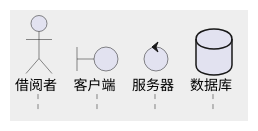
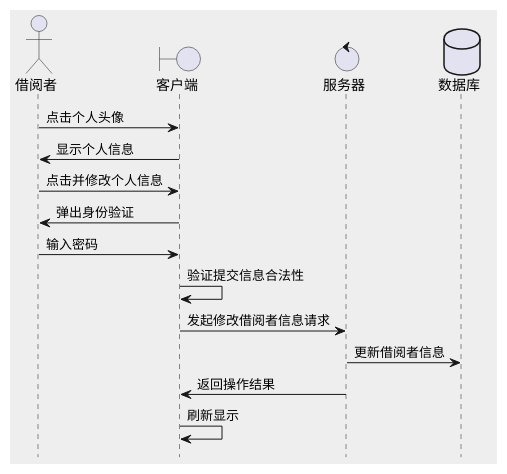
One commit to 201610414130/is_analysis-4 changed diagram 11 of 11 in test4/uaseCase.pu. Above: the diagram before and after it, drawn with PlantUML. The commit also changed other lines of this file and 2 other files, not shown here.

```diff
--- a/test4/uaseCase.pu
+++ b/test4/uaseCase.pu
@@ -287,9 +303,18 @@
 @startuml 账户设置(用户自身)
 skinparam backgroundColor #eee
 hide footbox
 actor 借阅者
 boundary 客户端
 control 服务器
 database 数据库
-
+借阅者->客户端: 点击个人头像
+客户端->借阅者: 显示个人信息
+借阅者->客户端: 点击并修改个人信息
+客户端->借阅者: 弹出身份验证
+借阅者->客户端: 输入密码
+客户端->客户端: 验证提交信息合法性
+客户端->服务器: 发起修改借阅者信息请求
+服务器->数据库: 更新借阅者信息
+服务器->客户端: 返回操作结果
+客户端->客户端: 刷新显示
 @enduml
```
